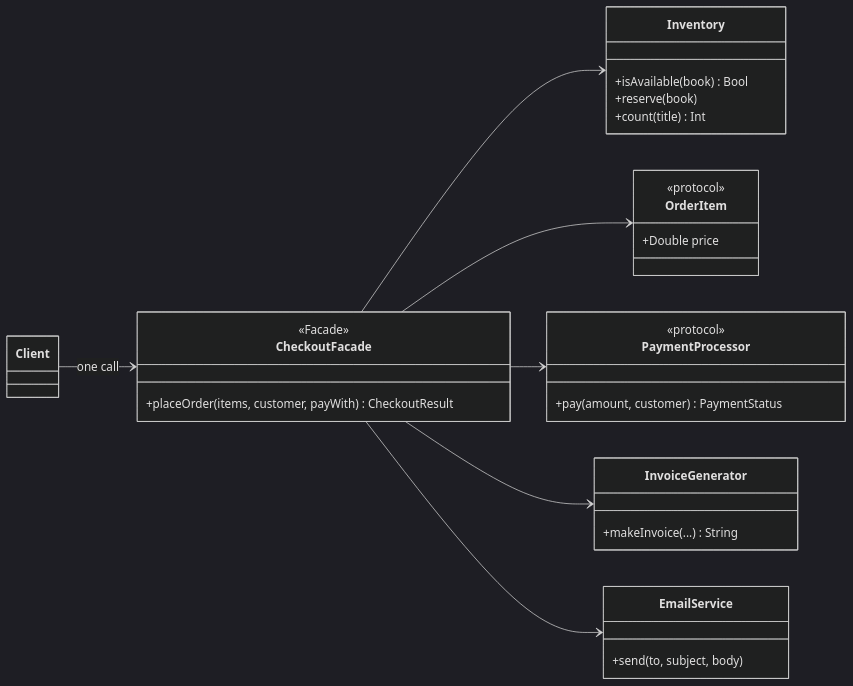
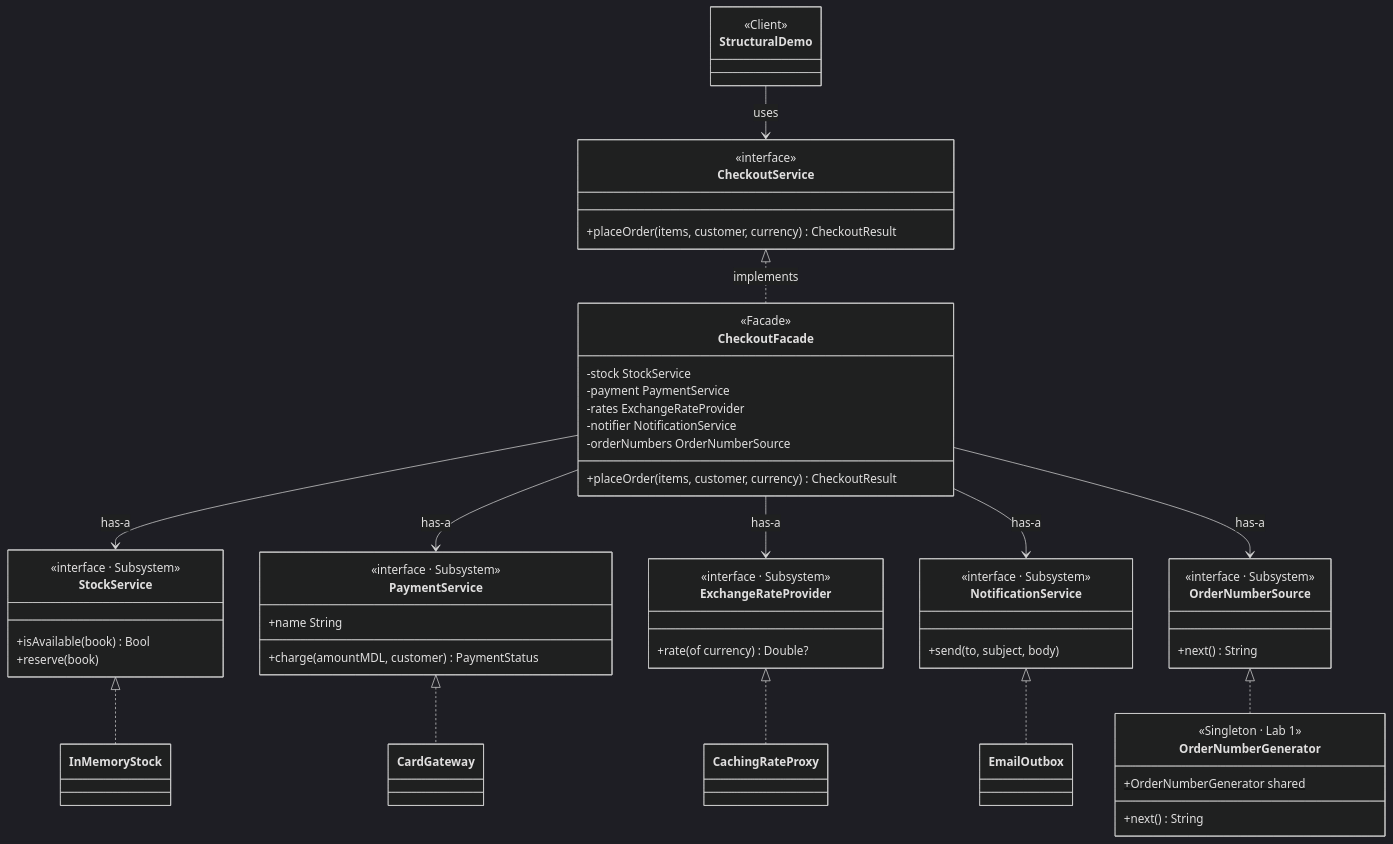
The fifth of 5 diagrams in lab2/report/REPORT.md (Afyze/tmps-2026-AugustinCarazanu), drawn with Mermaid (dark theme) before and after one commit. The commit also changed other lines of this file and 4 other files, not shown here.

Commit message:
Lab 2: REPORT.md (domain, UML diagrams, code, tests, conclusions) and README

````diff
--- a/lab2/report/REPORT.md
+++ b/lab2/report/REPORT.md
@@ -589,34 +377,62 @@
 ```mermaid
 classDiagram
-    direction LR
-    class Client
+    class CheckoutService {
+        <<interface>>
+        +placeOrder(items, customer, currency) CheckoutResult
+    }
     class CheckoutFacade {
         <<Facade>>
-        +placeOrder(items, customer, payWith) CheckoutResult
+        -stock StockService
+        -payment PaymentService
+        -rates ExchangeRateProvider
+        -notifier NotificationService
+        -orderNumbers OrderNumberSource
+        +placeOrder(items, customer, currency) CheckoutResult
     }
-    class Inventory {
+    class StockService {
+        <<interface · Subsystem>>
         +isAvailable(book) Bool
         +reserve(book)
-        +count(title) Int
     }
-    class PaymentProcessor {
-        <<protocol>>
-        +pay(amount, customer) PaymentStatus
+    class PaymentService {
+        <<interface · Subsystem>>
+        +name String
+        +charge(amountMDL, customer) PaymentStatus
     }
-    class InvoiceGenerator {
-        +makeInvoice(...) String
+    class ExchangeRateProvider {
+        <<interface · Subsystem>>
+        +rate(of currency) Double?
     }
-    class EmailService {
+    class NotificationService {
+        <<interface · Subsystem>>
         +send(to, subject, body)
     }
-    class OrderItem {
-        <<protocol>>
-        +Double price
+    class OrderNumberSource {
+        <<interface · Subsystem>>
+        +next() String
     }
-    Client --> CheckoutFacade : one call
-    CheckoutFacade --> Inventory
-    CheckoutFacade --> OrderItem
-    CheckoutFacade --> PaymentProcessor
-    CheckoutFacade --> InvoiceGenerator
-    CheckoutFacade --> EmailService
+    class InMemoryStock
+    class CardGateway
+    class CachingRateProxy
+    class EmailOutbox
+    class OrderNumberGenerator {
+        <<Singleton · Lab 1>>
+        +OrderNumberGenerator shared$
+        +next() String
+    }
+    class StructuralDemo {
+        <<Client>>
+    }
+    CheckoutService <|.. CheckoutFacade : implements
+    StructuralDemo --> CheckoutService : uses
+    CheckoutFacade --> StockService : has-a
+    CheckoutFacade --> PaymentService : has-a
+    CheckoutFacade --> ExchangeRateProvider : has-a
+    CheckoutFacade --> NotificationService : has-a
+    CheckoutFacade --> OrderNumberSource : has-a
+    StockService <|.. InMemoryStock
+    PaymentService <|.. CardGateway
+    ExchangeRateProvider <|.. CachingRateProxy
+    NotificationService <|.. EmailOutbox
+    OrderNumberSource <|.. OrderNumberGenerator
 ```
````
